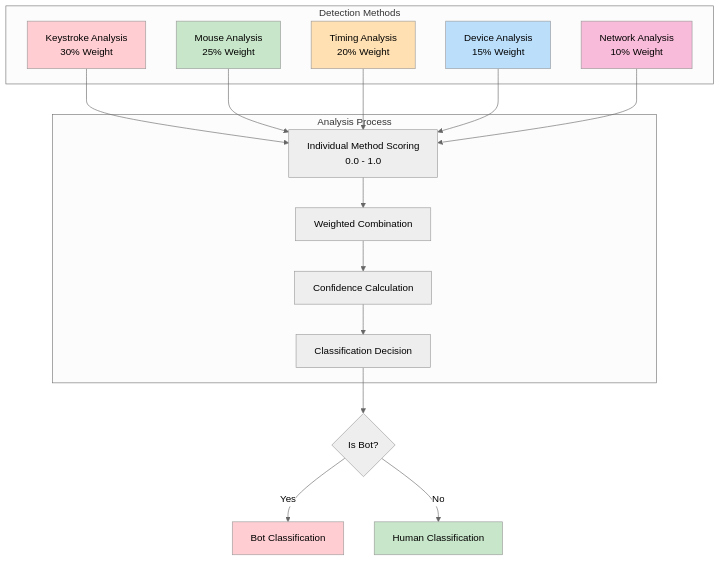
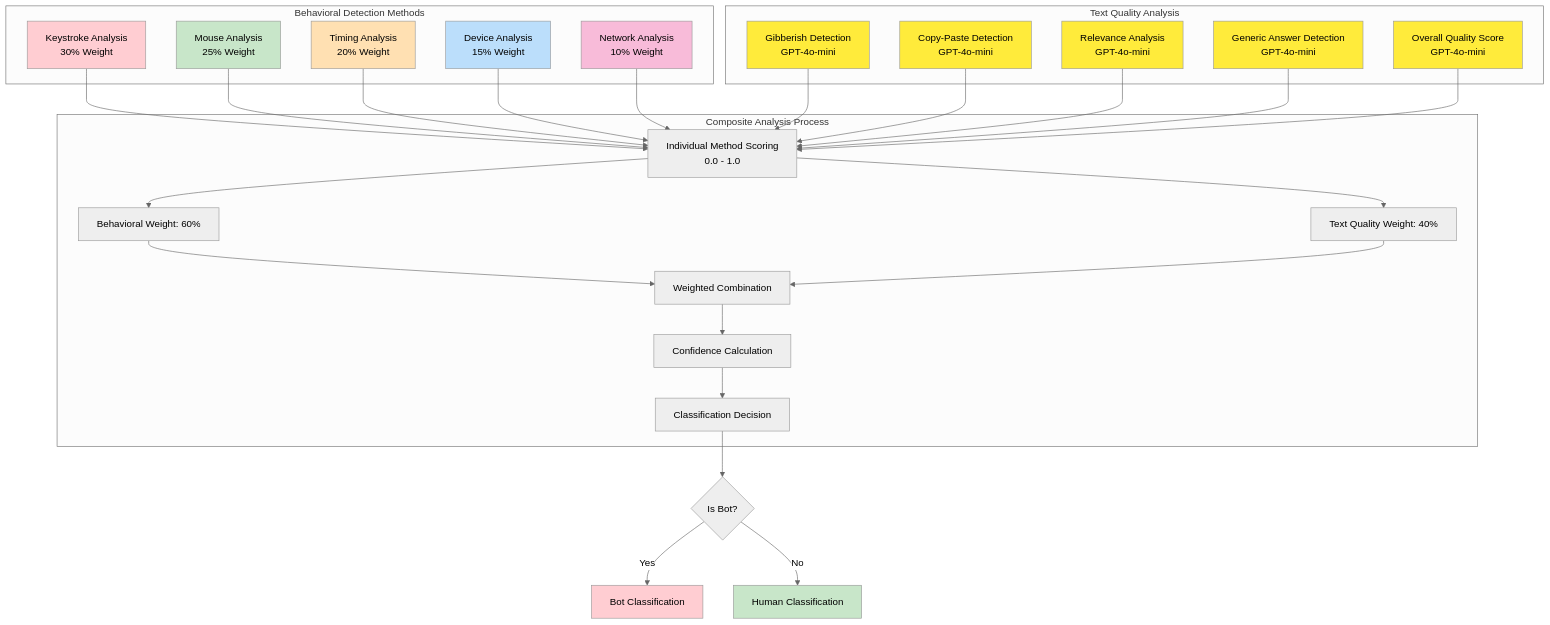
Before and after one commit to halderavik/bot_detection_live: the third of 9 diagrams in bot_detection_flow.md, drawn with Mermaid (neutral theme). The commit also changed other lines of this file and 25 other files, not shown here.

Commit message:
chore(prod): deploy plan & GCP prod configs; text analysis services and tests; frontend widget; cloudbuild frontend; docs updates

````diff
--- a/bot_detection_flow.md
+++ b/bot_detection_flow.md
@@ -102,39 +138,63 @@
 ```mermaid
 graph TB
-    subgraph "Detection Methods"
+    subgraph "Behavioral Detection Methods"
         A[Keystroke Analysis<br/>30% Weight]
         B[Mouse Analysis<br/>25% Weight]
         C[Timing Analysis<br/>20% Weight]
         D[Device Analysis<br/>15% Weight]
         E[Network Analysis<br/>10% Weight]
     end
     
-    subgraph "Analysis Process"
-        F[Individual Method Scoring<br/>0.0 - 1.0]
-        G[Weighted Combination]
-        H[Confidence Calculation]
-        I[Classification Decision]
+    subgraph "Text Quality Analysis"
+        F1[Gibberish Detection<br/>GPT-4o-mini]
+        F2[Copy-Paste Detection<br/>GPT-4o-mini]
+        F3[Relevance Analysis<br/>GPT-4o-mini]
+        F4[Generic Answer Detection<br/>GPT-4o-mini]
+        F5[Overall Quality Score<br/>GPT-4o-mini]
     end
     
-    A --> F
-    B --> F
-    C --> F
-    D --> F
-    E --> F
+    subgraph "Composite Analysis Process"
+        G[Individual Method Scoring<br/>0.0 - 1.0]
+        H[Behavioral Weight: 60%]
+        I[Text Quality Weight: 40%]
+        J[Weighted Combination]
+        K[Confidence Calculation]
+        L[Classification Decision]
+    end
     
-    F --> G
+    A --> G
+    B --> G
+    C --> G
+    D --> G
+    E --> G
+    
+    F1 --> G
+    F2 --> G
+    F3 --> G
+    F4 --> G
+    F5 --> G
+    
     G --> H
-    H --> I
+    G --> I
+    H --> J
+    I --> J
+    J --> K
+    K --> L
     
-    I --> J{Is Bot?}
-    J -->|Yes| K[Bot Classification]
-    J -->|No| L[Human Classification]
+    L --> M{Is Bot?}
+    M -->|Yes| N[Bot Classification]
+    M -->|No| O[Human Classification]
     
     style A fill:#ffcdd2
     style B fill:#c8e6c9
     style C fill:#ffe0b2
     style D fill:#bbdefb
     style E fill:#f8bbd9
-    style K fill:#ffcdd2
-    style L fill:#c8e6c9
+    style F1 fill:#ffeb3b
+    style F2 fill:#ffeb3b
+    style F3 fill:#ffeb3b
+    style F4 fill:#ffeb3b
+    style F5 fill:#ffeb3b
+    style N fill:#ffcdd2
+    style O fill:#c8e6c9
 ```
````
